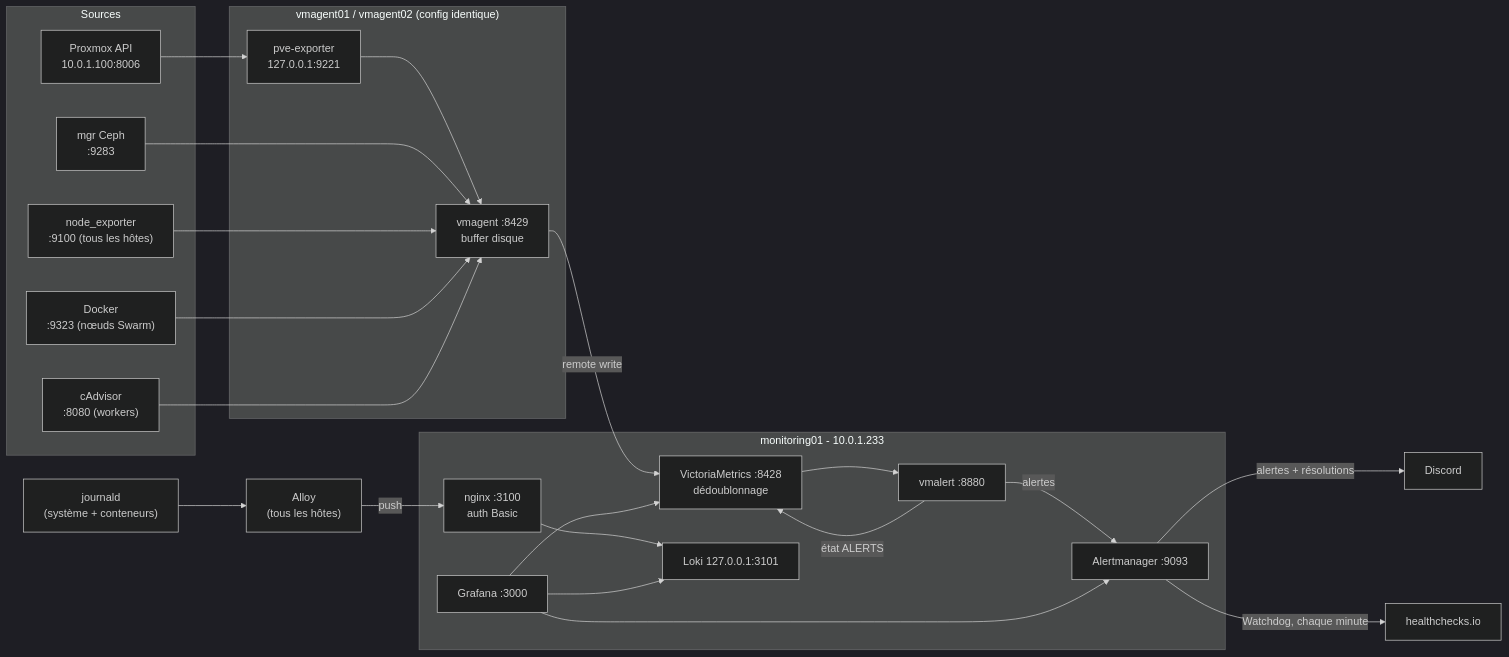
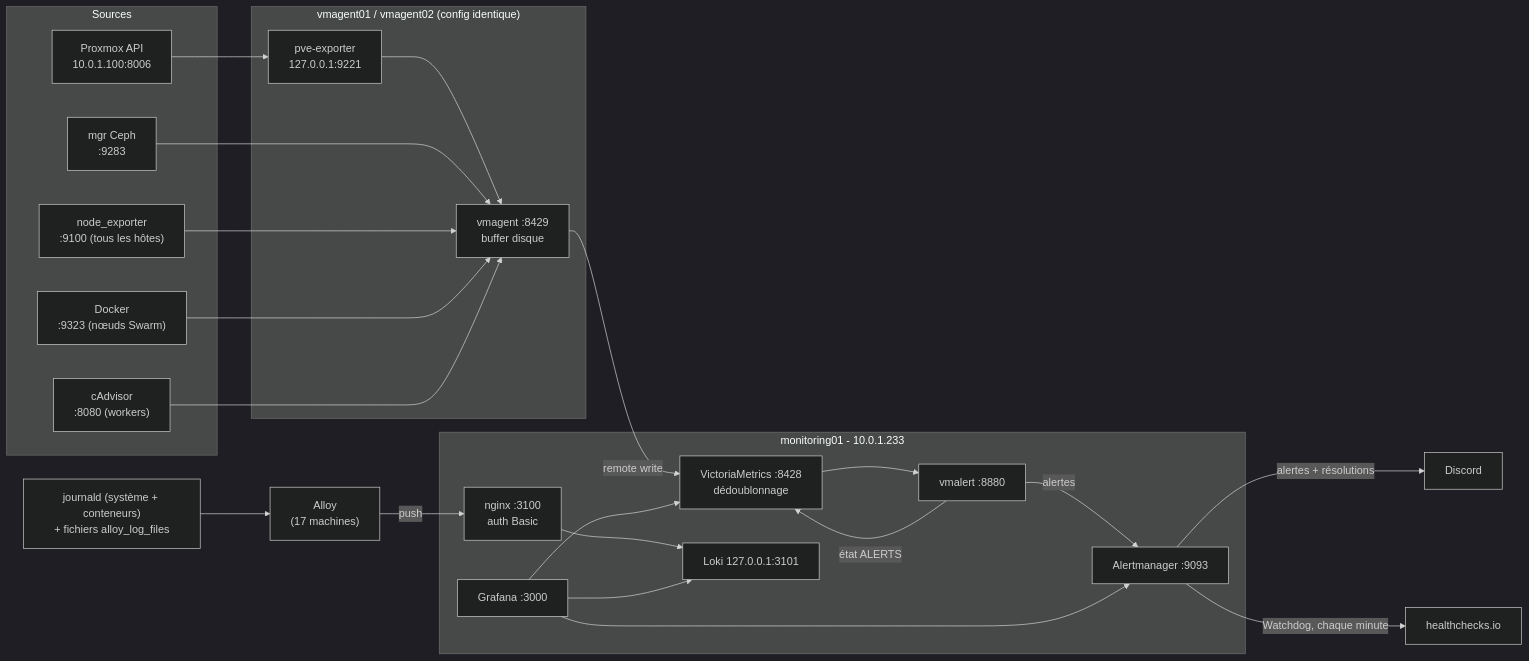
The diagram in infra/docs/supervision.md (Zouitni-Yassine/M2-EPSI-Workshop), drawn with Mermaid (dark theme) before and after one commit. The commit also changed other lines of this file and 71 other files, not shown here.

````diff
--- a/infra/docs/supervision.md
+++ b/infra/docs/supervision.md
@@ -15,36 +15,36 @@
 ```mermaid
 flowchart LR
   subgraph Sources
     PVE["Proxmox API<br/>10.0.1.100:8006"]
     CEPH["mgr Ceph<br/>:9283"]
     NODE["node_exporter<br/>:9100 (tous les hôtes)"]
     DOCK["Docker<br/>:9323 (nœuds Swarm)"]
     CADV["cAdvisor<br/>:8080 (workers)"]
   end
 
   subgraph vmagents["vmagent01 / vmagent02 (config identique)"]
     PVEX["pve-exporter<br/>127.0.0.1:9221"]
     VMA["vmagent :8429<br/>buffer disque"]
   end
 
   subgraph core["monitoring01 - 10.0.1.233"]
     VM["VictoriaMetrics :8428<br/>dédoublonnage"]
     VMALERT["vmalert :8880"]
     AM["Alertmanager :9093"]
     NGX["nginx :3100<br/>auth Basic"]
     LOKI["Loki 127.0.0.1:3101"]
     GRAF["Grafana :3000"]
   end
 
   PVE --> PVEX --> VMA
   CEPH & NODE & DOCK & CADV --> VMA
   VMA -- remote write --> VM
   VM --> VMALERT -- alertes --> AM
   VMALERT -- état ALERTS --> VM
   AM -- alertes + résolutions --> DISCORD["Discord"]
   AM -- Watchdog, chaque minute --> HC["healthchecks.io"]
 
-  JOURNAL["journald<br/>(système + conteneurs)"] --> ALLOY["Alloy<br/>(tous les hôtes)"] -- push --> NGX --> LOKI
+  JOURNAL["journald (système + conteneurs)<br/>+ fichiers alloy_log_files"] --> ALLOY["Alloy<br/>(17 machines)"] -- push --> NGX --> LOKI
 
   GRAF --> VM & LOKI & AM
 ```
````
